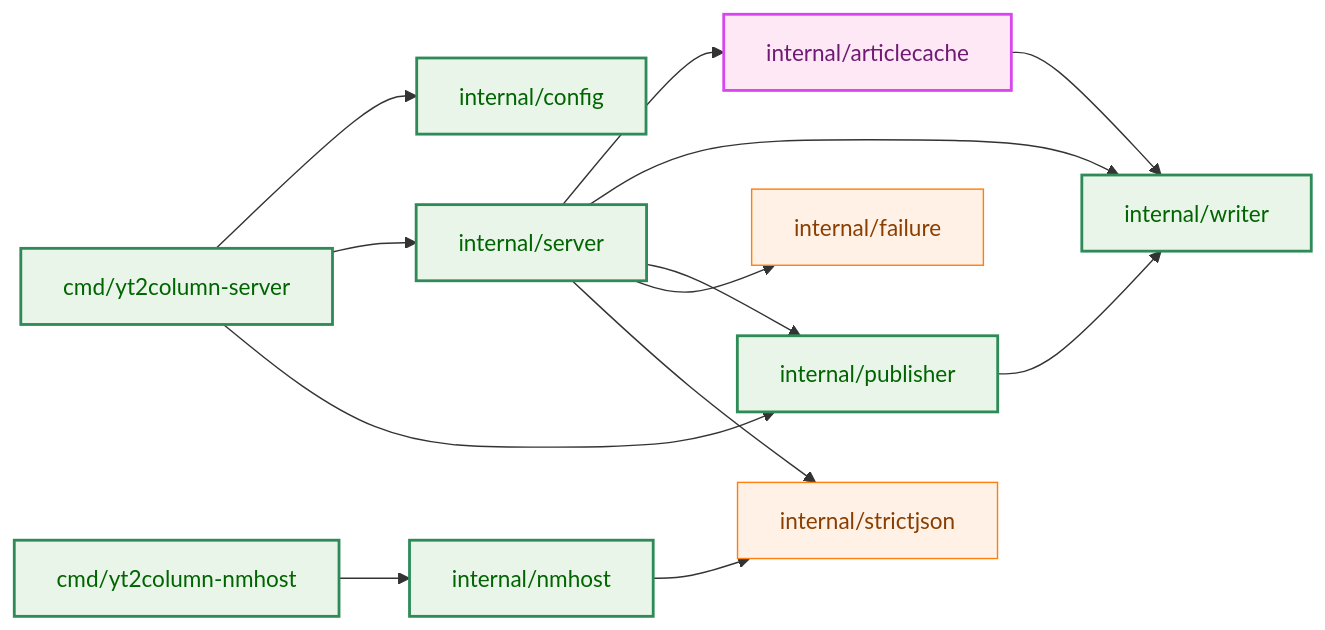
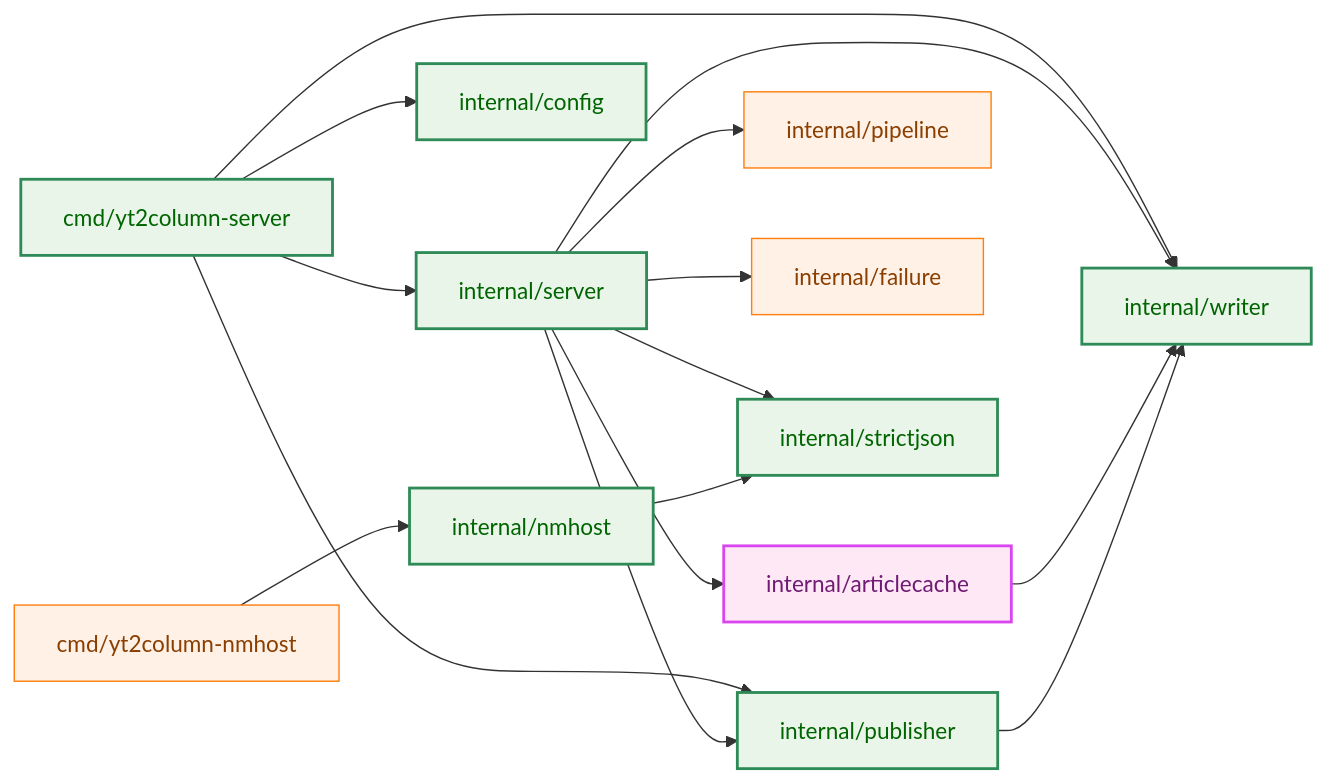
The third of 15 diagrams in docs/tasks/0044_article_job_api/02_architecture.md (isseis/yt2column), drawn with Mermaid before and after one commit. The commit also changed other lines of this file and 1 other file, not shown here.

````diff
--- a/docs/tasks/0044_article_job_api/02_architecture.md
+++ b/docs/tasks/0044_article_job_api/02_architecture.md
@@ -140,34 +145,37 @@
 ```mermaid
 flowchart LR
     classDef process fill:#fff1e6,stroke:#ff7f0e,stroke-width:1px,color:#8a3e00;
     classDef enhanced fill:#e8f5e8,stroke:#2e8b57,stroke-width:2px,color:#006400;
     classDef newpkg fill:#ffe8f5,stroke:#d946ef,stroke-width:2px,color:#701a75;
 
     CMDS["cmd/yt2column-server"]
     CMDH["cmd/yt2column-nmhost"]
     SERVER["internal/server"]
     CACHE["internal/articlecache"]
     WRITER["internal/writer"]
     PUB["internal/publisher"]
+    PIPE["internal/pipeline"]
     FAIL["internal/failure"]
     CONFIG["internal/config"]
     NMHOST["internal/nmhost"]
     SJSON["internal/strictjson"]
 
     CMDS --> CONFIG
     CMDS --> SERVER
+    CMDS --> WRITER
     CMDS --> PUB
     SERVER --> CACHE
     SERVER --> WRITER
     SERVER --> PUB
+    SERVER --> PIPE
     SERVER --> FAIL
     SERVER --> SJSON
     CACHE --> WRITER
     PUB --> WRITER
     CMDH --> NMHOST
     NMHOST --> SJSON
 
-    class FAIL,SJSON process
-    class CMDS,CMDH,SERVER,WRITER,PUB,CONFIG,NMHOST enhanced
+    class PIPE,FAIL,CMDH process
+    class CMDS,SERVER,WRITER,PUB,CONFIG,NMHOST,SJSON enhanced
     class CACHE newpkg
 ```
````
